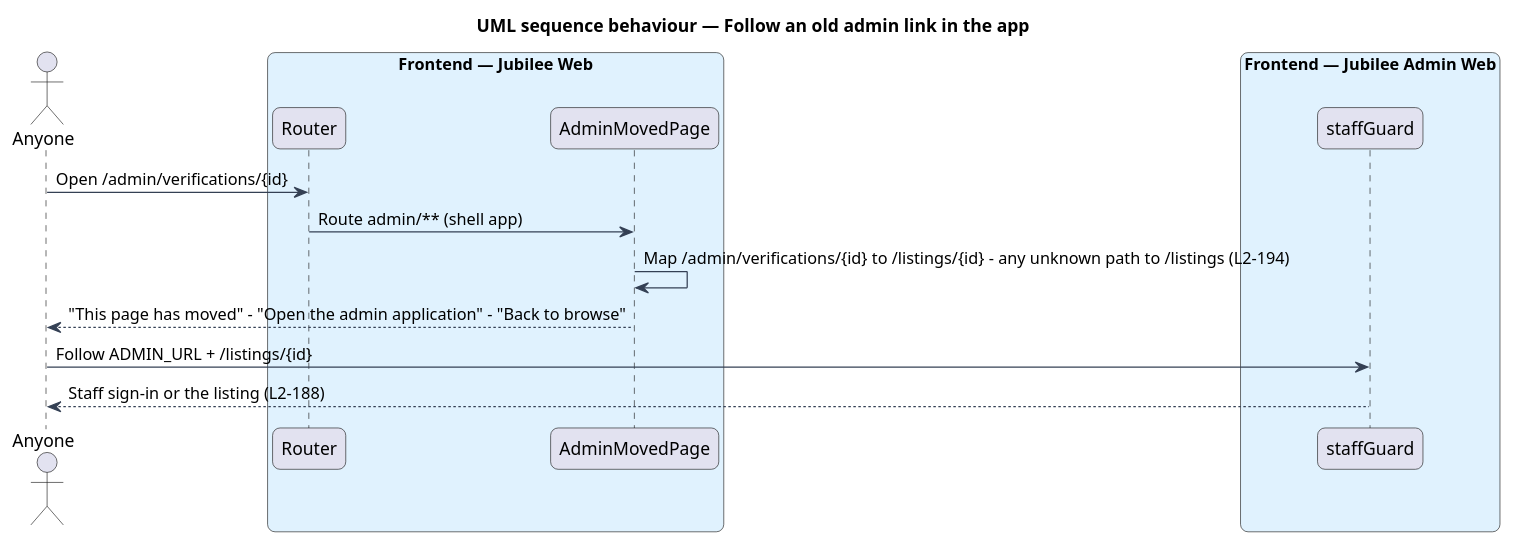
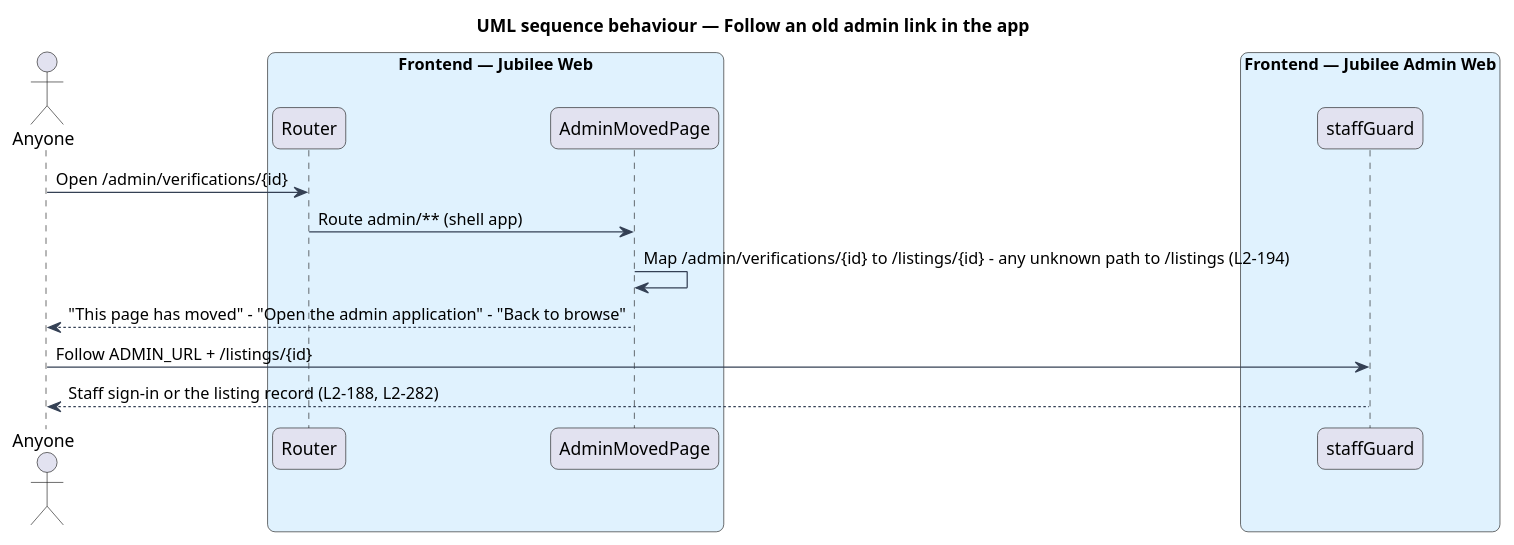
Before and after one commit to QuinntyneBrown/jubilee: the diagram in docs/detailed-designs/admin/run-admin-application/diagrams/sequence-follow-old-link.puml, drawn with PlantUML. The commit also changed 81 other files, not shown here.

First line of the commit message:
docs(admin): design the schema-driven admin application (journey 35)

```diff
--- a/docs/detailed-designs/admin/run-admin-application/diagrams/sequence-follow-old-link.puml
+++ b/docs/detailed-designs/admin/run-admin-application/diagrams/sequence-follow-old-link.puml
@@ -1,22 +1,22 @@
 @startuml
 title UML sequence behaviour — Follow an old admin link in the app
 skinparam backgroundColor #FFFFFF
 skinparam shadowing false
 skinparam roundcorner 12
 skinparam defaultFontName Arial
 skinparam ArrowColor #344054
 actor "Anyone" as actor
 box "Frontend — Jubilee Web" #E0F2FE
   participant "Router" as router
   participant "AdminMovedPage" as page
 end box
 box "Frontend — Jubilee Admin Web" #E0F2FE
   participant "staffGuard" as guard
 end box
 actor -> router : Open /admin/verifications/{id}
 router -> page : Route admin/** (shell app)
 page -> page : Map /admin/verifications/{id} to /listings/{id} - any unknown path to /listings (L2-194)
 page --> actor : "This page has moved" - "Open the admin application" - "Back to browse"
 actor -> guard : Follow ADMIN_URL + /listings/{id}
-guard --> actor : Staff sign-in or the listing (L2-188)
+guard --> actor : Staff sign-in or the listing record (L2-188, L2-282)
 @enduml
```
